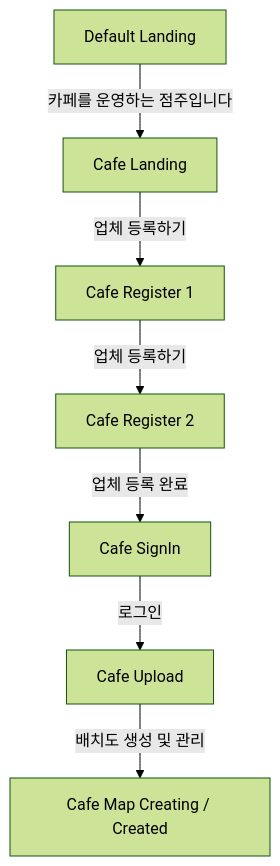
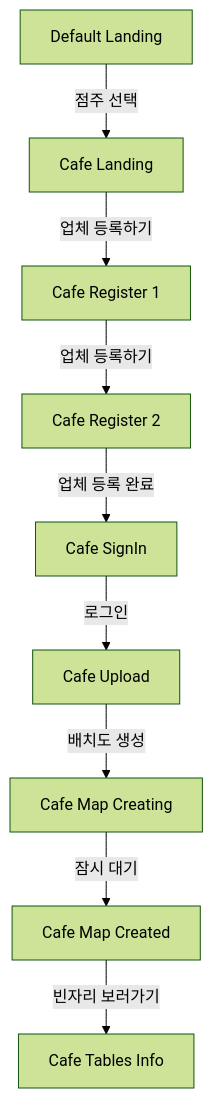
Before and after one commit to eileen914/Bean_Front_Clean: the first of 2 diagrams in README.md, drawn with Mermaid (forest theme). The commit also changed other lines of this file, not shown here.

````diff
--- a/README.md
+++ b/README.md
@@ -111,9 +114,11 @@
 ```mermaid
 flowchart TD
-    A[Default Landing] -->|카페를 운영하는 점주입니다| B[Cafe Landing]
+    A[Default Landing] -->|점주 선택| B[Cafe Landing]
     B -->|업체 등록하기| C[Cafe Register 1]
     C -->|업체 등록하기| D[Cafe Register 2]
     D -->|업체 등록 완료| E[Cafe SignIn]
     E -->|로그인| F[Cafe Upload]
-    F -->|배치도 생성 및 관리| G[Cafe Map Creating / Created]
+    F -->|배치도 생성| G[Cafe Map Creating]
+    G -->|잠시 대기| H[Cafe Map Created]
+    H -->|빈자리 보러가기| I[Cafe Tables Info]
 ```
````
